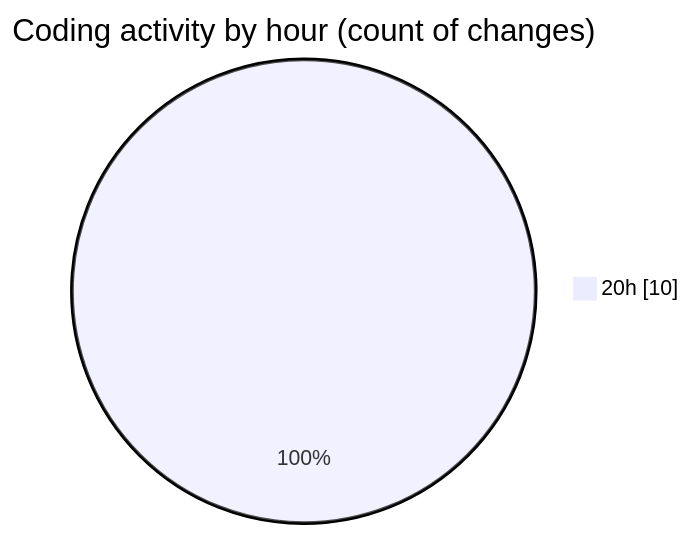
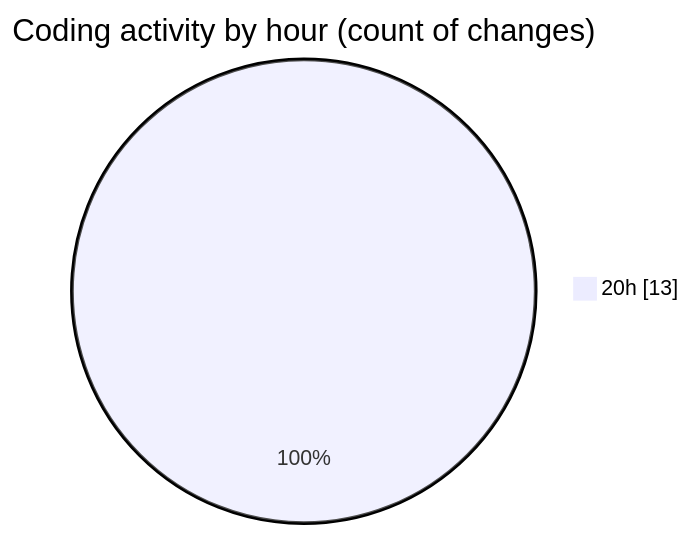
The second of 2 diagrams in 2025-03-31/echo/README.md (Netris89/code-tracking), drawn with Mermaid before and after one commit. The commit also changed other lines of this file and 1 other file, not shown here.

````diff
--- a/2025-03-31/echo/README.md
+++ b/2025-03-31/echo/README.md
@@ -28,5 +28,5 @@
 ```mermaid
 pie showData
 title Coding activity by hour (count of changes)
-"20h" : 10
+"20h" : 13
 ```
````
